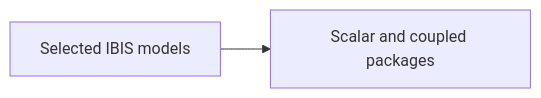
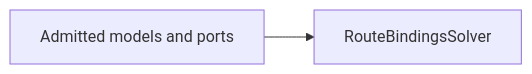
One commit to ShiboSoftwareDev/signal-integrity-pipeline changed the first of 2 diagrams in README.md. Above: the diagram before and after it, drawn with Mermaid. The commit also changed other lines of this file and 6 other files, not shown here.

First line of the commit message:
feat: add RouteBindingsSolver

````diff
--- a/README.md
+++ b/README.md
@@ -17,4 +18,4 @@
 ```mermaid
 flowchart LR
-  input["Selected IBIS models"] --> result["Scalar and coupled packages"]
+  input["Admitted models and ports"] --> result["RouteBindingsSolver"]
 ```
````
